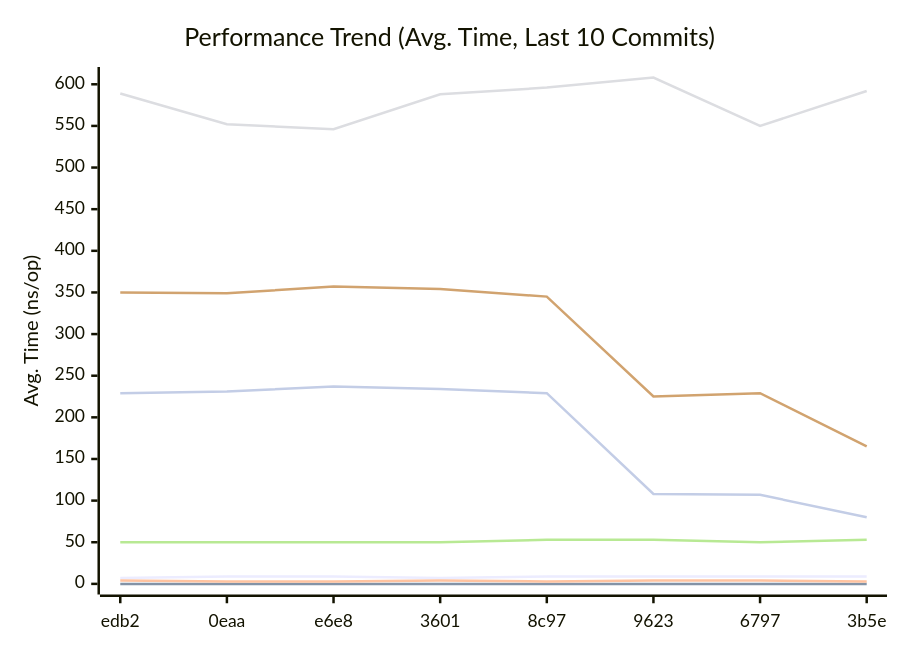
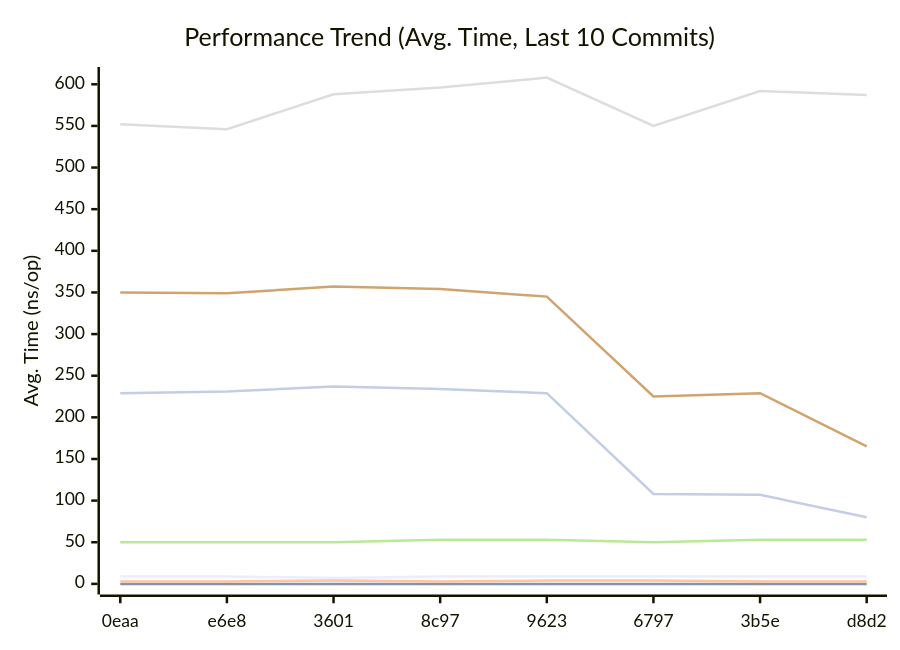
The first of 3 diagrams in docs/README.md (alsotoes/momo), drawn with Mermaid before and after one commit. The commit also changed other lines of this file and 1 other file, not shown here.

````diff
--- a/docs/README.md
+++ b/docs/README.md
@@ -303,14 +303,14 @@
 ```mermaid
 xychart-beta
     title "Performance Trend (Avg. Time, Last 10 Commits)"
     x-axis "Commit"
     y-axis "Avg. Time (ns/op)"
-    x-axis [edb2,0eaa,e6e8,3601,8c97,9623,6797,3b5e]
-    line "CheckMetricsAndSwap" [7,9,9,7,9,9,9,9,9,9]
+    x-axis [0eaa,e6e8,3601,8c97,9623,6797,3b5e,d8d2]
+    line "CheckMetricsAndSwap" [9,9,7,9,9,9,9,9,9,9]
     line "IndexDirectTracking" [0,0,0,0,0,0,0,0,0,0]
-    line "IndexSearch" [4,3,3,4,3,4,4,3,3,2]
-    line "LoadGlobalConfig" [589,552,546,588,596,608,550,592,587,587]
-    line "PadString" [50,50,50,50,53,53,50,53,53,53]
+    line "IndexSearch" [3,3,4,3,4,4,3,3,2,3]
+    line "LoadGlobalConfig" [552,546,588,596,608,550,592,587,587,522]
+    line "PadString" [50,50,50,53,53,50,53,53,53,50]
     line "ParseReplicationOrder_NoPrealloc" [350,349,357,354,345,225,229,165,232,234]
     line "ParseReplicationOrder_Prealloc" [229,231,237,234,229,108,107,80,110,109]
 ```
````
